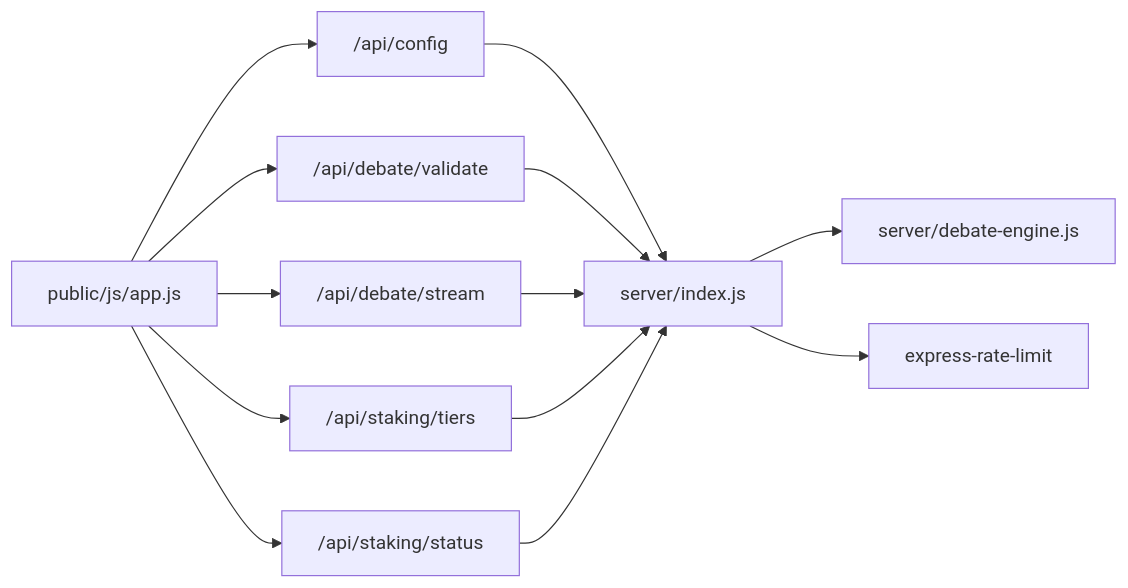
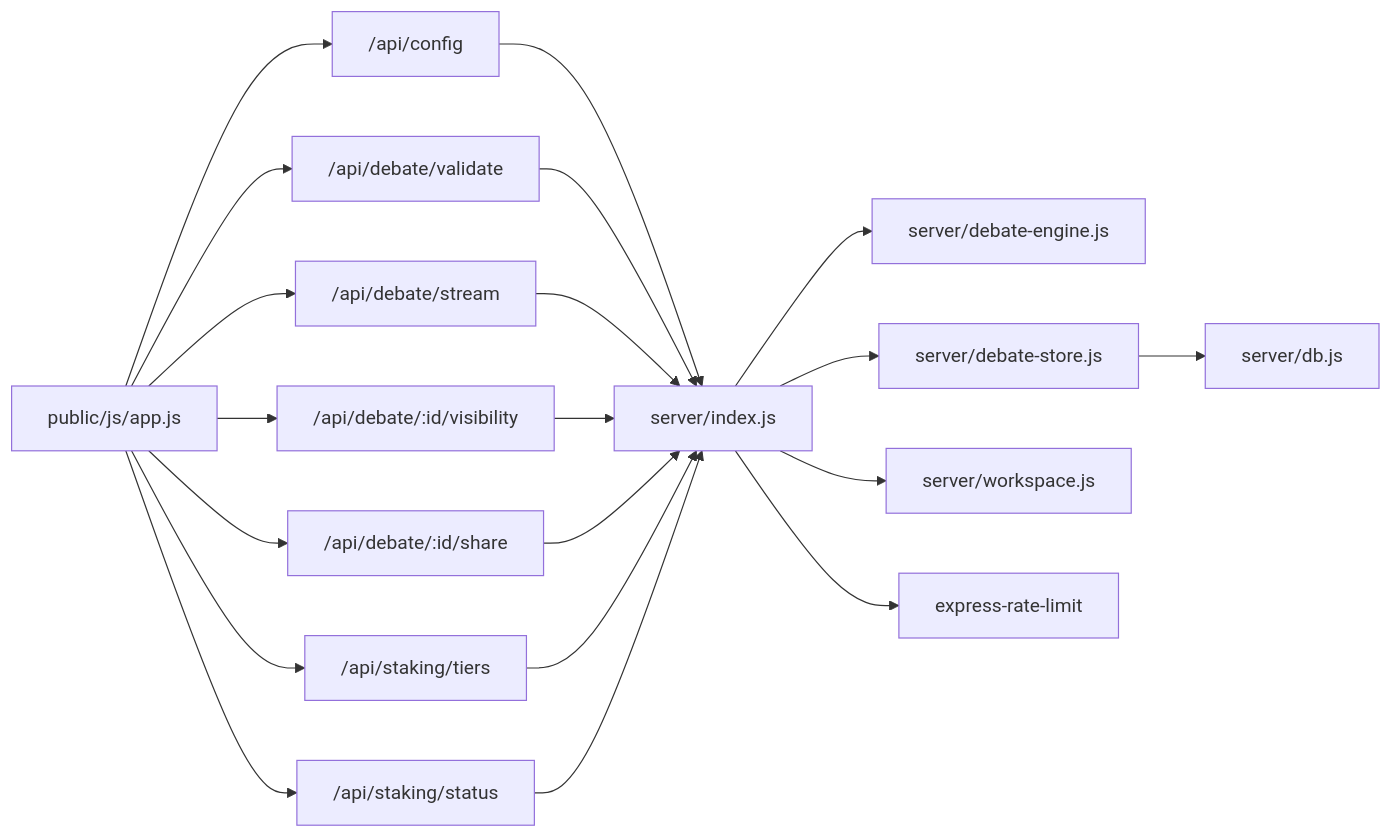
Diagram 12 of 12 in .qoder/repowiki/en/content/Staking & Access Control System/Access Control Logic.md (RunTimeAdmin/tri-ai), drawn with Mermaid before and after one commit. The commit also changed other lines of this file and 40 other files, not shown here.

````diff
--- a/.qoder/repowiki/en/content/Staking & Access Control System/Access Control Logic.md
+++ b/.qoder/repowiki/en/content/Staking & Access Control System/Access Control Logic.md
@@ -285,15 +446,22 @@
 ```mermaid
 graph LR
 APP["public/js/app.js"] --> CFG["/api/config"]
 APP --> VAL["/api/debate/validate"]
 APP --> STR["/api/debate/stream"]
 APP --> TIER["/api/staking/tiers"]
 APP --> STAT["/api/staking/status"]
+APP --> VIS["/api/debate/:id/visibility"]
+APP --> SHARE["/api/debate/:id/share"]
 CFG --> SRV["server/index.js"]
 VAL --> SRV
 STR --> SRV
+VIS --> SRV
+SHARE --> SRV
 TIER --> SRV
 STAT --> SRV
 SRV --> DE["server/debate-engine.js"]
+SRV --> DS["server/debate-store.js"]
+DS --> DB["server/db.js"]
+SRV --> WS["server/workspace.js"]
 SRV --> RL["express-rate-limit"]
 ```
````
